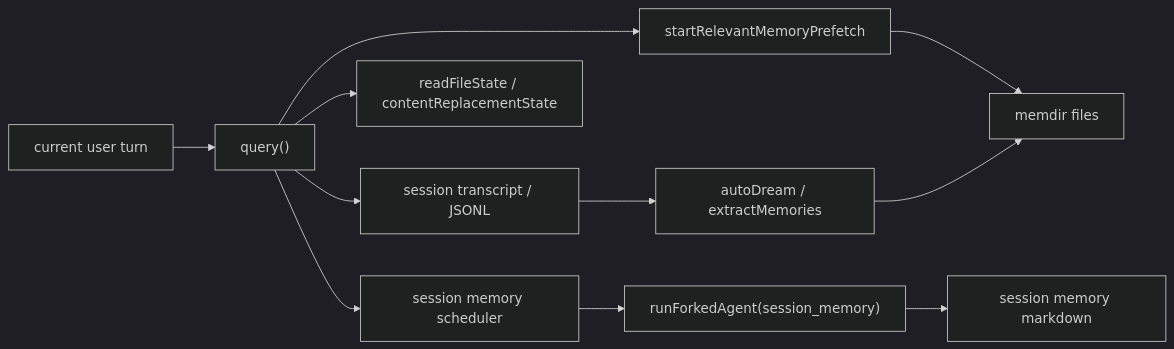
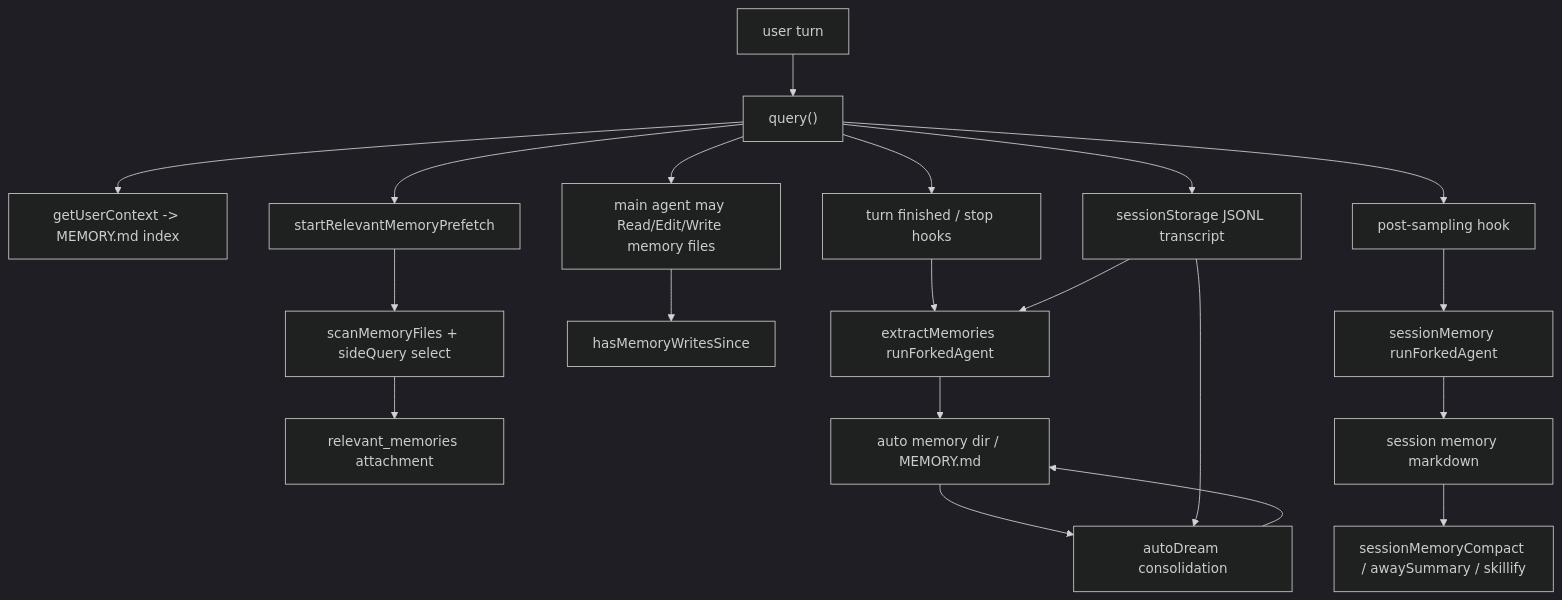
Before and after one commit to tianzhaoxjtu/claudecodeanalysis: diagram 11 of 23 in 代码仓设计与实现深度分析报告.md, drawn with Mermaid (dark theme). The commit also changed other lines of this file and 7 other files, not shown here.

````diff
--- a/代码仓设计与实现深度分析报告.md
+++ b/代码仓设计与实现深度分析报告.md
@@ -1973,13 +2164,22 @@
 ```mermaid
-flowchart LR
-  USER["current user turn"] --> QUERY["query()"]
-  QUERY --> PREFETCH["startRelevantMemoryPrefetch"]
-  PREFETCH --> MEMDIR["memdir files"]
-  QUERY --> TRANSCRIPT["session transcript / JSONL"]
-  QUERY --> CACHE["readFileState / contentReplacementState"]
-  QUERY --> SM["session memory scheduler"]
-  SM --> FORK["runForkedAgent(session_memory)"]
-  FORK --> SMFILE["session memory markdown"]
-  TRANSCRIPT --> DREAM["autoDream / extractMemories"]
-  DREAM --> MEMDIR
+flowchart TD
+  USER["user turn"] --> Q["query()"]
+  Q --> UC["getUserContext -> MEMORY.md index"]
+  Q --> PREF["startRelevantMemoryPrefetch"]
+  PREF --> SEL["scanMemoryFiles + sideQuery select"]
+  SEL --> ATT["relevant_memories attachment"]
+  Q --> TOOL["main agent may Read/Edit/Write memory files"]
+  TOOL --> CHECK["hasMemoryWritesSince"]
+  Q --> STOP["turn finished / stop hooks"]
+  STOP --> EX["extractMemories runForkedAgent"]
+  EX --> MEM["auto memory dir / MEMORY.md"]
+  Q --> POST["post-sampling hook"]
+  POST --> SM["sessionMemory runForkedAgent"]
+  SM --> SMFILE["session memory markdown"]
+  SMFILE --> COMPACT["sessionMemoryCompact / awaySummary / skillify"]
+  MEM --> DREAM["autoDream consolidation"]
+  DREAM --> MEM
+  Q --> TRANSCRIPT["sessionStorage JSONL transcript"]
+  TRANSCRIPT --> EX
+  TRANSCRIPT --> DREAM
 ```
````
